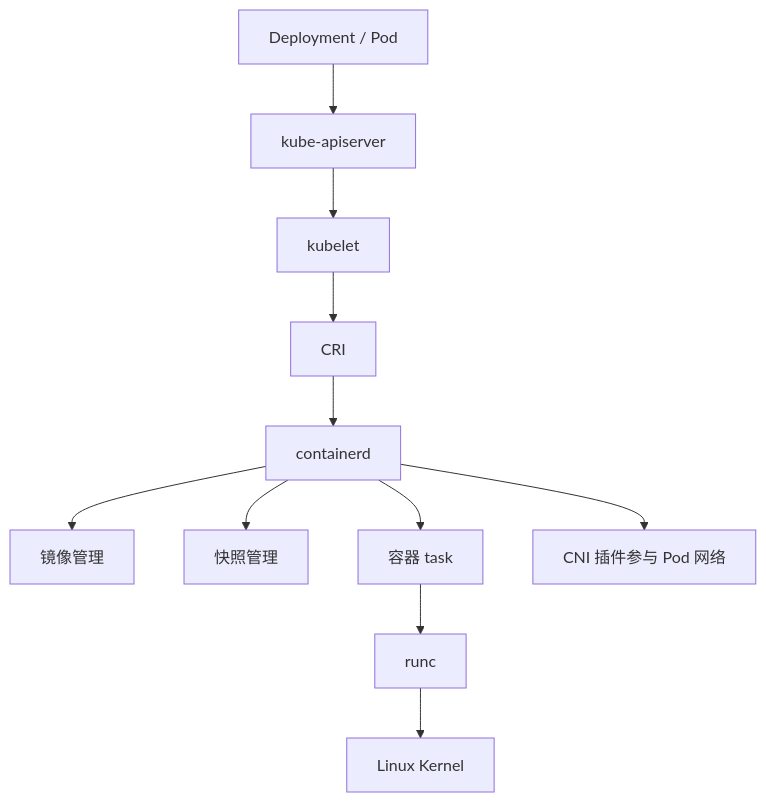
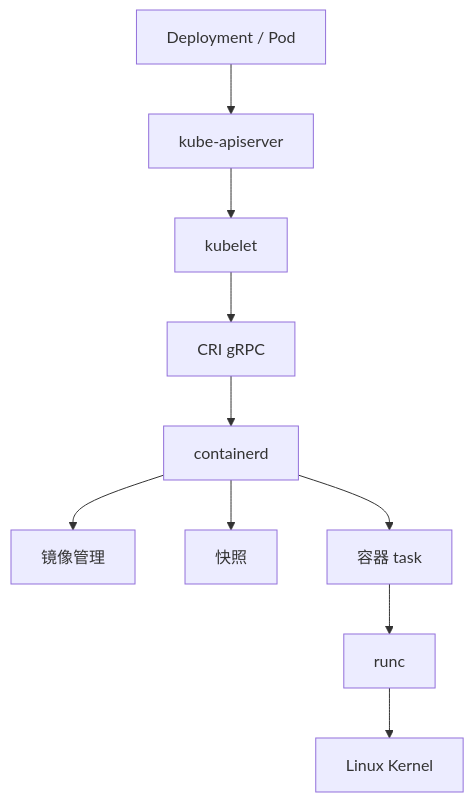
Before and after one commit to yleoer/k8s-learn: the diagram in docs/05-容器运行/5-排障总结与面试.md, drawn with Mermaid. The commit also changed other lines of this file and 5 other files, not shown here.

````diff
--- a/docs/05-容器运行/5-排障总结与面试.md
+++ b/docs/05-容器运行/5-排障总结与面试.md
@@ -7,13 +7,12 @@
 ```mermaid
 flowchart TB
   deploy["Deployment / Pod"] --> apiserver["kube-apiserver"]
   apiserver --> kubelet["kubelet"]
-  kubelet --> cri["CRI"]
+  kubelet --> cri["CRI gRPC"]
   cri --> containerd["containerd"]
   containerd --> image["镜像管理"]
-  containerd --> snapshot["快照管理"]
+  containerd --> snapshot["快照"]
   containerd --> task["容器 task"]
   task --> runc["runc"]
   runc --> kernel["Linux Kernel"]
-  containerd --> cni["CNI 插件参与 Pod 网络"]
 ```
````
